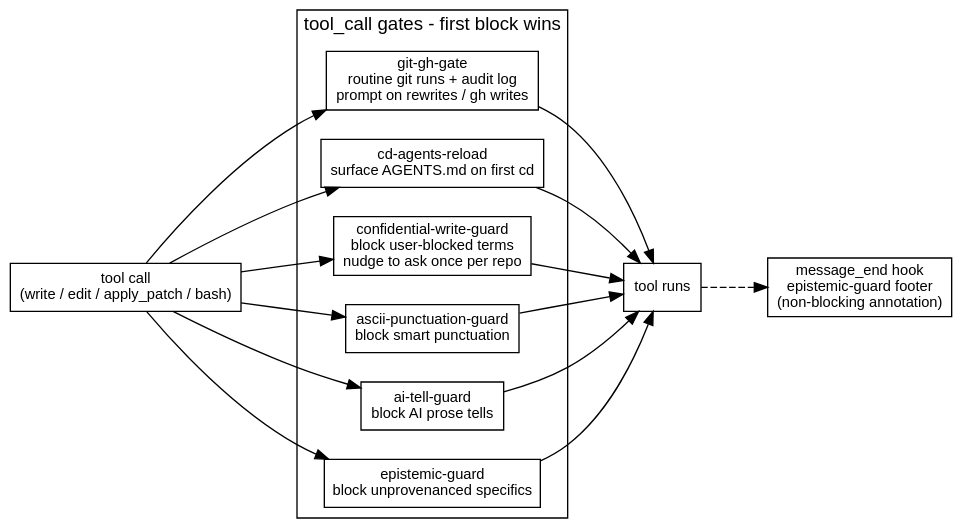
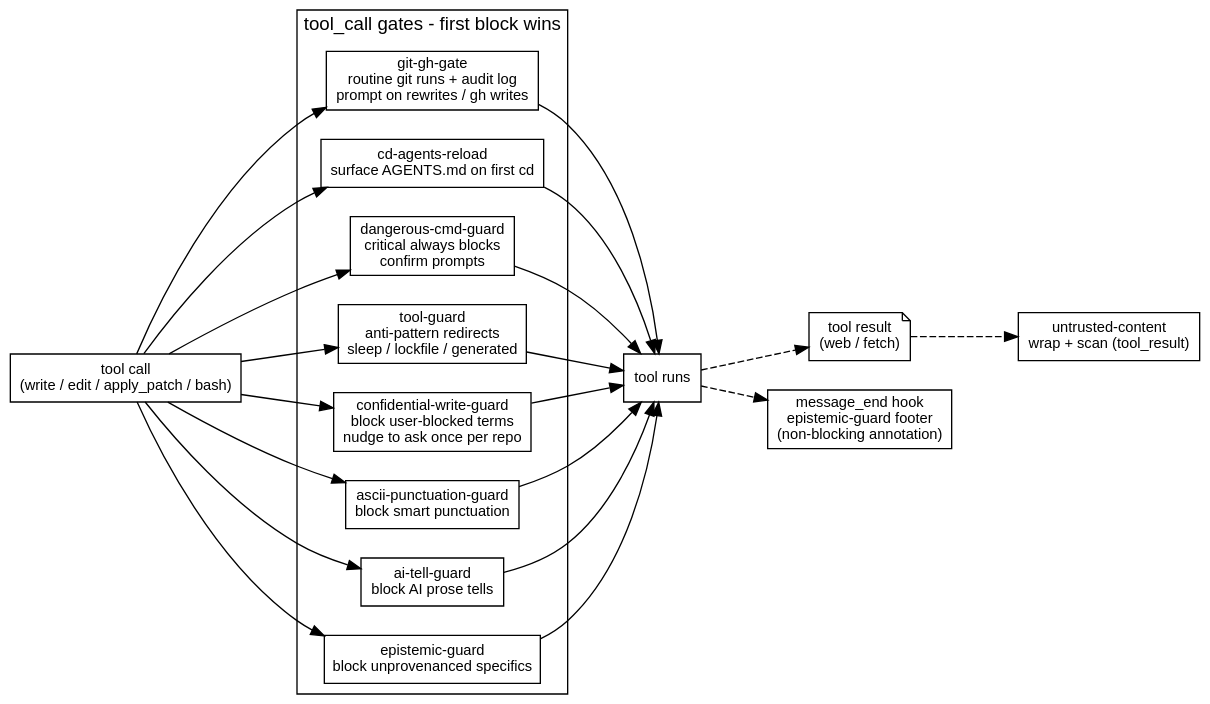
Before and after one commit to erfianugrah/lexicanum: the diagram in src/content/docs/reference/agent-guard-extensions.mdx, drawn with Graphviz. The commit also changed other lines of this file and 5 other files, not shown here.

````diff
--- a/src/content/docs/reference/agent-guard-extensions.mdx
+++ b/src/content/docs/reference/agent-guard-extensions.mdx
@@ -58,27 +74,32 @@
 ```dot
 digraph {
   rankdir=LR; bgcolor="transparent"; nodesep=0.3; ranksep=0.7;
   fontname="Helvetica,Arial,sans-serif";
   node [fontname="Helvetica,Arial,sans-serif", fontsize=11, shape=box];
   edge [fontname="Helvetica,Arial,sans-serif", fontsize=9];
 
   call [label="tool call\n(write / edit / apply_patch / bash)"];
   subgraph cluster_guards {
     label="tool_call gates - first block wins";
     gitgh [label="git-gh-gate\nroutine git runs + audit log\nprompt on rewrites / gh writes"];
     cdreload [label="cd-agents-reload\nsurface AGENTS.md on first cd"];
+    dangerous [label="dangerous-cmd-guard\ncritical always blocks\nconfirm prompts"];
+    toolguard [label="tool-guard\nanti-pattern redirects\nsleep / lockfile / generated"];
     confidential [label="confidential-write-guard\nblock user-blocked terms\nnudge to ask once per repo"];
     ascii [label="ascii-punctuation-guard\nblock smart punctuation"];
     aitell [label="ai-tell-guard\nblock AI prose tells"];
     epistemic [label="epistemic-guard\nblock unprovenanced specifics"];
   }
   run [label="tool runs"];
+  res [label="tool result\n(web / fetch)", shape=note];
+  untrusted [label="untrusted-content\nwrap + scan (tool_result)"];
   msg [label="message_end hook\nepistemic-guard footer\n(non-blocking annotation)"];
 
-  call -> gitgh; call -> cdreload; call -> confidential;
-  call -> ascii; call -> aitell; call -> epistemic;
-  gitgh -> run; cdreload -> run; confidential -> run;
-  ascii -> run; aitell -> run; epistemic -> run;
+  call -> gitgh; call -> cdreload; call -> dangerous; call -> toolguard;
+  call -> confidential; call -> ascii; call -> aitell; call -> epistemic;
+  gitgh -> run; cdreload -> run; dangerous -> run; toolguard -> run;
+  confidential -> run; ascii -> run; aitell -> run; epistemic -> run;
+  run -> res -> untrusted [style=dashed];
   run -> msg [style=dashed];
 }
 ```
````
